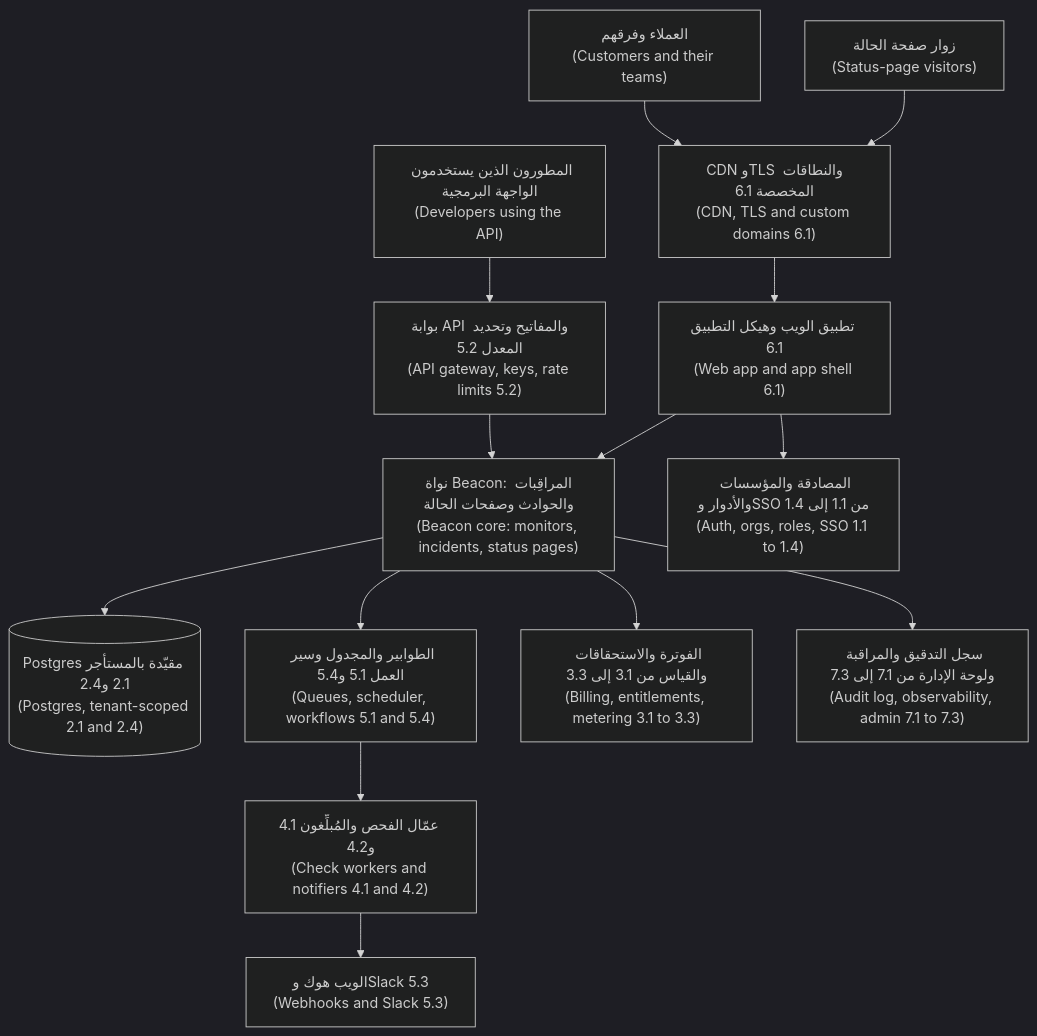
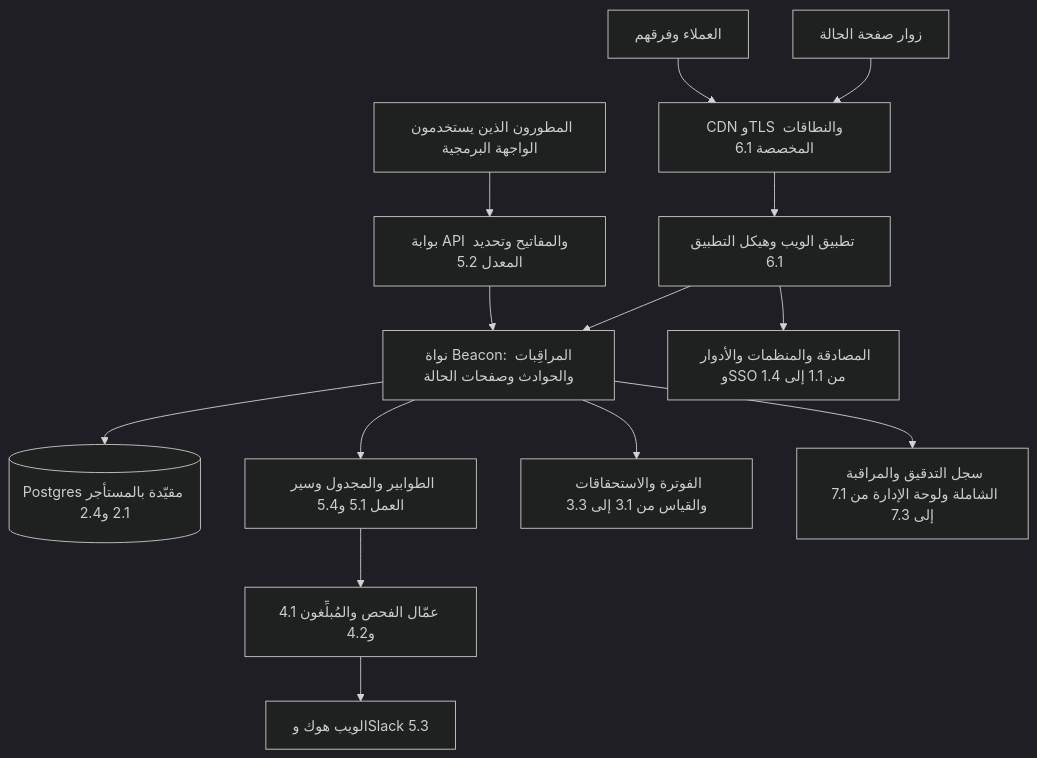
One commit to Tamoura/system-design-for-vibe-coders changed the first of 2 diagrams in saas/modules/09-capstone.ar.md. Above: the diagram before and after it, drawn with Mermaid (dark theme). The commit also changed other lines of this file and 551 other files, not shown here.

````diff
--- a/saas/modules/09-capstone.ar.md
+++ b/saas/modules/09-capstone.ar.md
@@ -55,16 +55,16 @@
 ```mermaid
 flowchart TD
-    U["العملاء وفرقهم<br/>(Customers and their teams)"] --> EDGE["CDN وTLS والنطاقات المخصصة 6.1<br/>(CDN, TLS and custom domains 6.1)"]
-    SUB["زوار صفحة الحالة<br/>(Status-page visitors)"] --> EDGE
-    DEV["المطورون الذين يستخدمون الواجهة البرمجية<br/>(Developers using the API)"] --> GW["بوابة API والمفاتيح وتحديد المعدل 5.2<br/>(API gateway, keys, rate limits 5.2)"]
-    EDGE --> APP["تطبيق الويب وهيكل التطبيق 6.1<br/>(Web app and app shell 6.1)"]
-    GW --> CORE["نواة Beacon: المراقِبات والحوادث وصفحات الحالة<br/>(Beacon core: monitors, incidents, status pages)"]
-    APP --> AUTH["المصادقة والمؤسسات والأدوار وSSO من 1.1 إلى 1.4<br/>(Auth, orgs, roles, SSO 1.1 to 1.4)"]
+    U["العملاء وفرقهم"] --> EDGE["CDN وTLS والنطاقات المخصصة 6.1"]
+    SUB["زوار صفحة الحالة"] --> EDGE
+    DEV["المطورون الذين يستخدمون الواجهة البرمجية"] --> GW["بوابة API والمفاتيح وتحديد المعدل 5.2"]
+    EDGE --> APP["تطبيق الويب وهيكل التطبيق 6.1"]
+    GW --> CORE["نواة Beacon: المراقِبات والحوادث وصفحات الحالة"]
+    APP --> AUTH["المصادقة والمنظمات والأدوار وSSO من 1.1 إلى 1.4"]
     APP --> CORE
-    CORE --> DB[("Postgres مقيّدة بالمستأجر 2.1 و2.4<br/>(Postgres, tenant-scoped 2.1 and 2.4)")]
-    CORE --> Q["الطوابير والمجدول وسير العمل 5.1 و5.4<br/>(Queues, scheduler, workflows 5.1 and 5.4)"]
-    Q --> W["عمّال الفحص والمُبلِّغون 4.1 و4.2<br/>(Check workers and notifiers 4.1 and 4.2)"]
-    W --> OUT["الويب هوك وSlack 5.3<br/>(Webhooks and Slack 5.3)"]
-    CORE --> BILL["الفوترة والاستحقاقات والقياس من 3.1 إلى 3.3<br/>(Billing, entitlements, metering 3.1 to 3.3)"]
-    CORE --> OPS["سجل التدقيق والمراقبة ولوحة الإدارة من 7.1 إلى 7.3<br/>(Audit log, observability, admin 7.1 to 7.3)"]
+    CORE --> DB[("Postgres مقيّدة بالمستأجر 2.1 و2.4")]
+    CORE --> Q["الطوابير والمجدول وسير العمل 5.1 و5.4"]
+    Q --> W["عمّال الفحص والمُبلِّغون 4.1 و4.2"]
+    W --> OUT["الويب هوك وSlack 5.3"]
+    CORE --> BILL["الفوترة والاستحقاقات والقياس من 3.1 إلى 3.3"]
+    CORE --> OPS["سجل التدقيق والمراقبة الشاملة ولوحة الإدارة من 7.1 إلى 7.3"]
 ```
````
